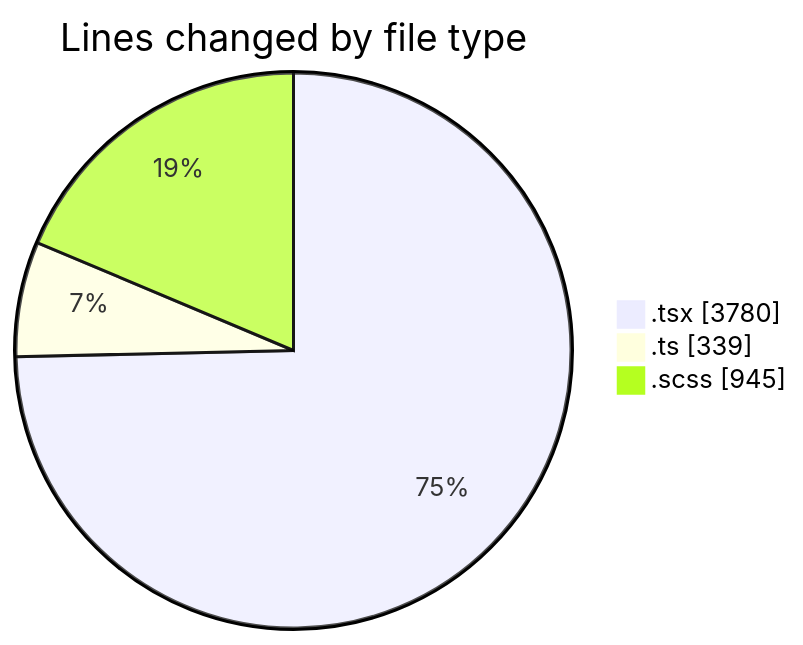
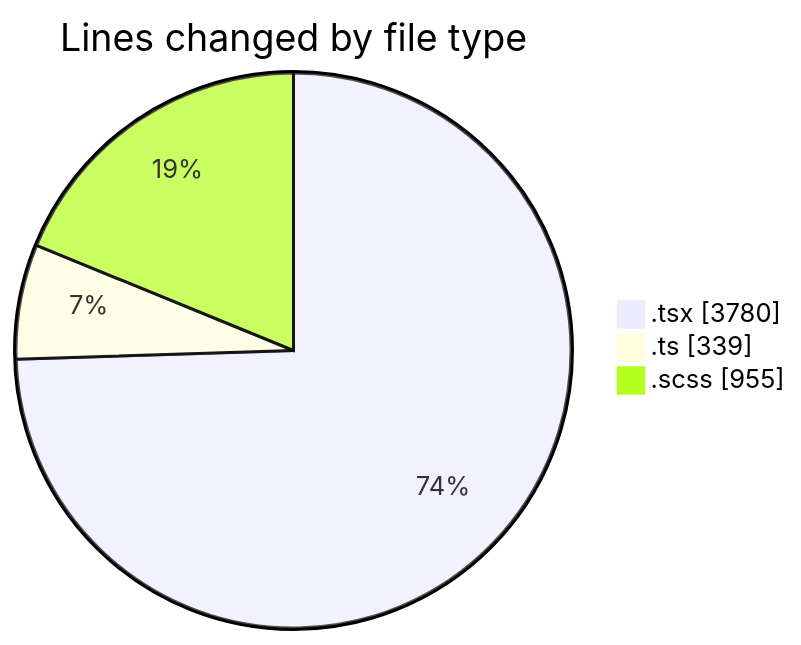
One commit to momahboobian/code-tracking changed the first of 2 diagrams in 2025-07-08/cda/README.md. Above: the diagram before and after it, drawn with Mermaid. The commit also changed other lines of this file and 1 other file, not shown here.

````diff
--- a/2025-07-08/cda/README.md
+++ b/2025-07-08/cda/README.md
@@ -47,7 +47,7 @@
 ```mermaid
 pie showData
 title Lines changed by file type
 ".tsx" : 3780
 ".ts" : 339
-".scss" : 945
+".scss" : 955
 ```
````
